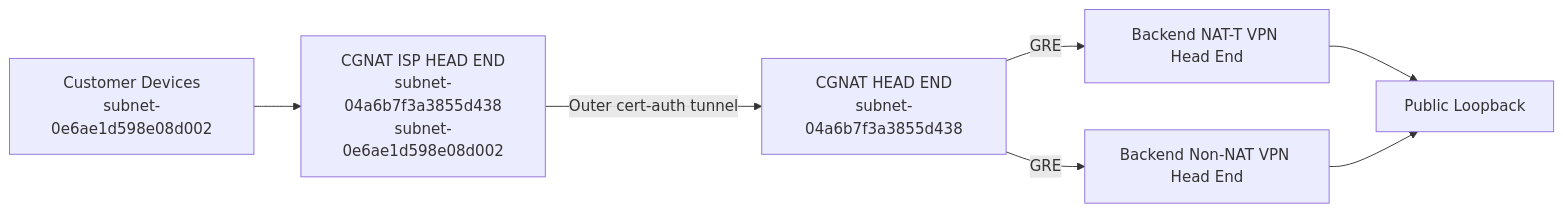
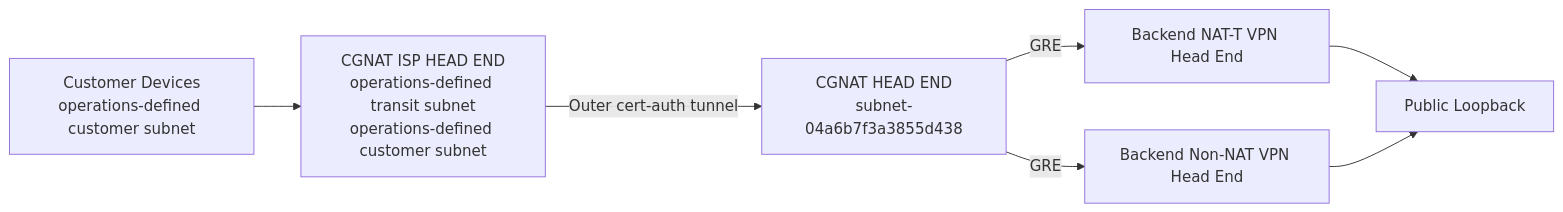
Before and after one commit to nekdatasoultions/muxingRPDB-Platform-Framework: the diagram in CGNAT/aws/docs/LAB_TOPOLOGY.md, drawn with Mermaid. The commit also changed other lines of this file and 10 other files, not shown here.

````diff
--- a/CGNAT/aws/docs/LAB_TOPOLOGY.md
+++ b/CGNAT/aws/docs/LAB_TOPOLOGY.md
@@ -21,13 +21,13 @@
 ```mermaid
 flowchart LR
     CD["Customer Devices
-subnet-0e6ae1d598e08d002"] --> ISP["CGNAT ISP HEAD END
-subnet-04a6b7f3a3855d438
-subnet-0e6ae1d598e08d002"]
+operations-defined customer subnet"] --> ISP["CGNAT ISP HEAD END
+operations-defined transit subnet
+operations-defined customer subnet"]
     ISP -->|Outer cert-auth tunnel| CHE["CGNAT HEAD END
 subnet-04a6b7f3a3855d438"]
     CHE -->|GRE| NAT["Backend NAT-T VPN Head End"]
     CHE -->|GRE| NONNAT["Backend Non-NAT VPN Head End"]
     NAT --> LOOP["Public Loopback"]
     NONNAT --> LOOP
 ```
````
